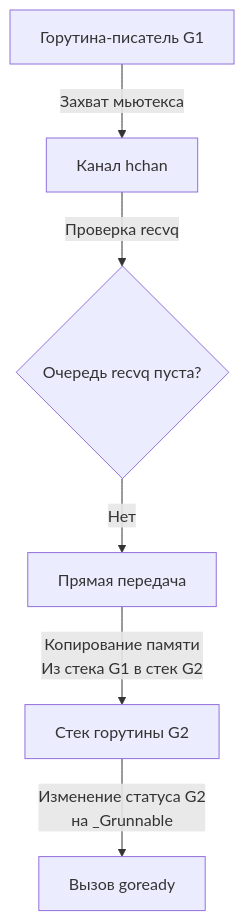
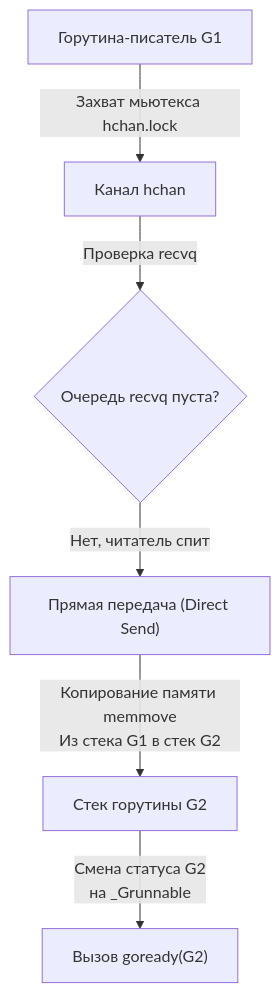
One commit to UnrealTemplier/go-textbook changed the second of 2 diagrams in sources/7. Глубокий Go (Внутреннее устройство)/13. Каналы под капотом. hchan, sudog, sendq, recvq.md. Above: the diagram before and after it, drawn with Mermaid. The commit also changed other lines of this file, not shown here.

````diff
--- a/sources/7. Глубокий Go (Внутреннее устройство)/13. Каналы под капотом. hchan, sudog, sendq, recvq.md
+++ b/sources/7. Глубокий Go (Внутреннее устройство)/13. Каналы под капотом. hchan, sudog, sendq, recvq.md
@@ -51,9 +64,9 @@
 ```mermaid
 flowchart TD
-    SENDER["Горутина-писатель G1"] -->|Захват мьютекса| CHAN["Канал hchan"]
+    SENDER["Горутина-писатель G1"] -->|Захват мьютекса hchan.lock| CHAN["Канал hchan"]
     CHAN -->|Проверка recvq| IS_EMPTY{"Очередь recvq пуста?"}
-    IS_EMPTY -->|Нет| DIRECT["Прямая передача"]
+    IS_EMPTY -->|Нет, читатель спит| DIRECT["Прямая передача (Direct Send)"]
     
-    DIRECT -->|"Копирование памяти<br>Из стека G1 в стек G2"| STACK_G2["Стек горутины G2"]
-    STACK_G2 -->|"Изменение статуса G2<br>на _Grunnable"| WAKE["Вызов goready"]
+    DIRECT -->|"Копирование памяти memmove<br>Из стека G1 в стек G2"| STACK_G2["Стек горутины G2"]
+    STACK_G2 -->|"Смена статуса G2<br>на _Grunnable"| WAKE["Вызов goready(G2)"]
 ```
````
